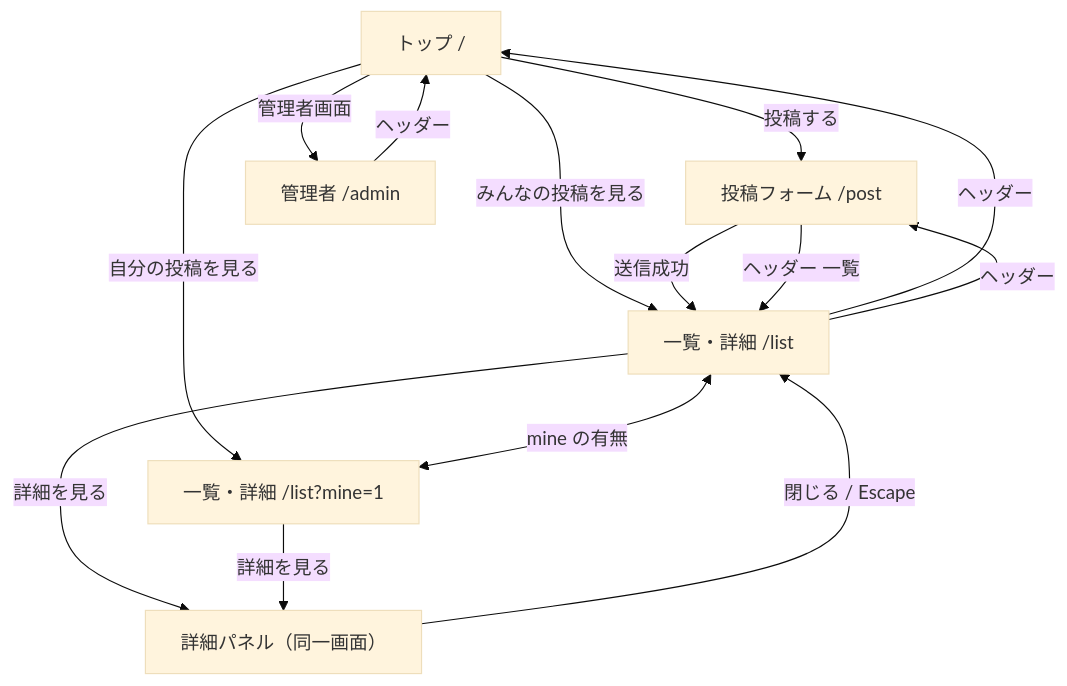
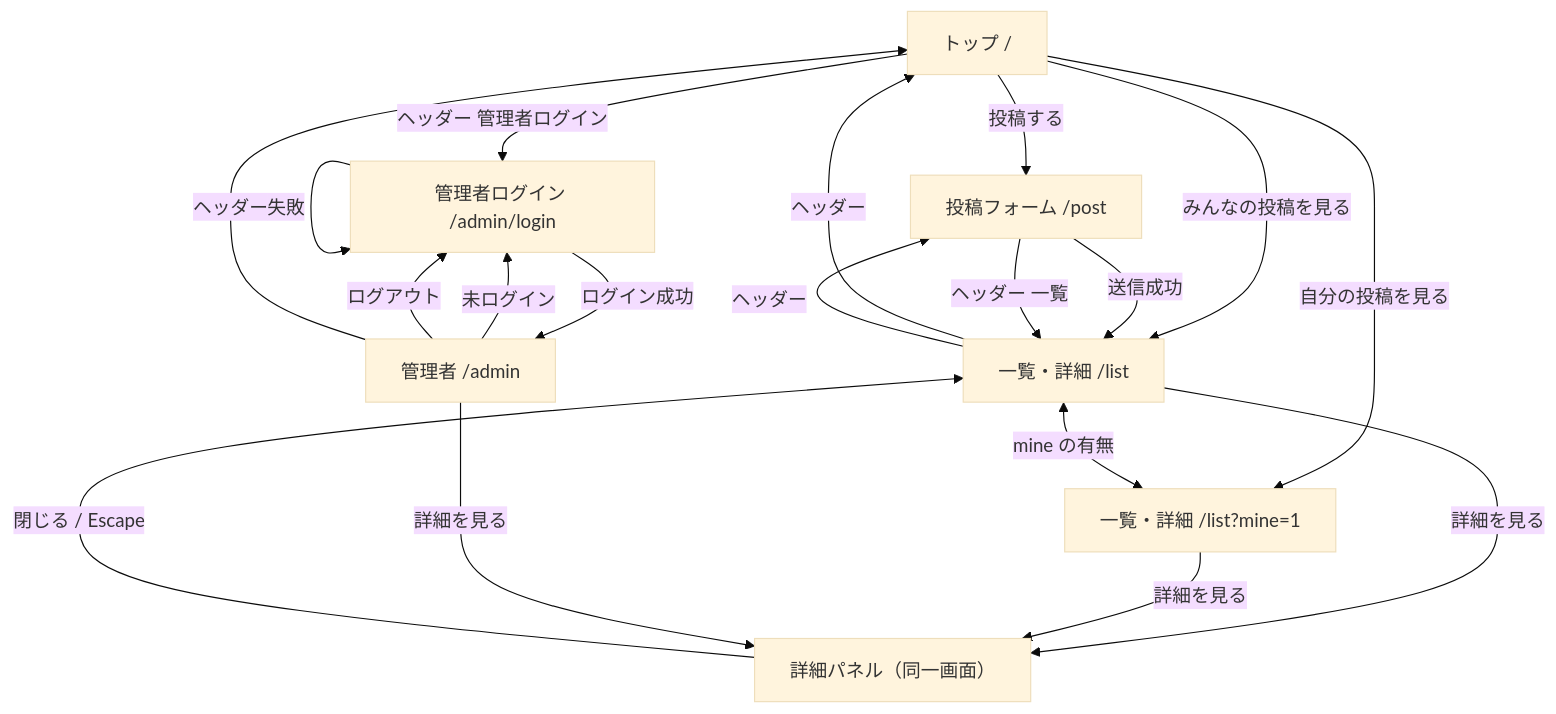
The diagram in docs/SCREEN_FLOW.md (adNap0512/digital-suggestion-box), drawn with Mermaid (base theme) before and after one commit. The commit also changed other lines of this file and 9 other files, not shown here.

````diff
--- a/docs/SCREEN_FLOW.md
+++ b/docs/SCREEN_FLOW.md
@@ -25,26 +26,33 @@
 ```mermaid
 flowchart TD
   Top["トップ /"]
   Post["投稿フォーム /post"]
   List["一覧・詳細 /list"]
   Mine["一覧・詳細 /list?mine=1"]
+  AdminLogin["管理者ログイン /admin/login"]
   Admin["管理者 /admin"]
   Panel["詳細パネル（同一画面）"]
 
   Top -->|投稿する| Post
   Top -->|みんなの投稿を見る| List
   Top -->|自分の投稿を見る| Mine
-  Top -->|管理者画面| Admin
+  Top -->|ヘッダー 管理者ログイン| AdminLogin
 
   Post -->|送信成功| List
   Post -->|ヘッダー 一覧| List
 
   List <-->|mine の有無| Mine
   List -->|詳細を見る| Panel
   Mine -->|詳細を見る| Panel
   Panel -->|閉じる / Escape| List
 
+  AdminLogin -->|ログイン成功| Admin
+  AdminLogin -->|失敗| AdminLogin
+  Admin -->|未ログイン| AdminLogin
+  Admin -->|ログアウト| AdminLogin
+  Admin -->|詳細を見る| Panel
+
   List -->|ヘッダー| Top
   List -->|ヘッダー| Post
   Admin -->|ヘッダー| Top
 ```
````
